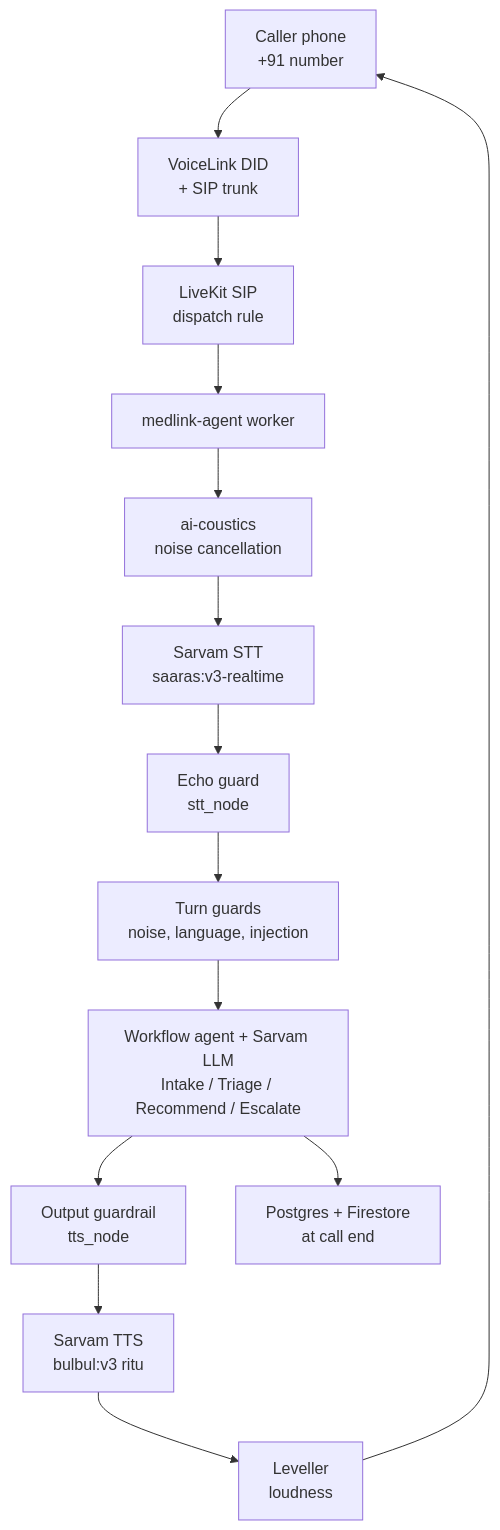
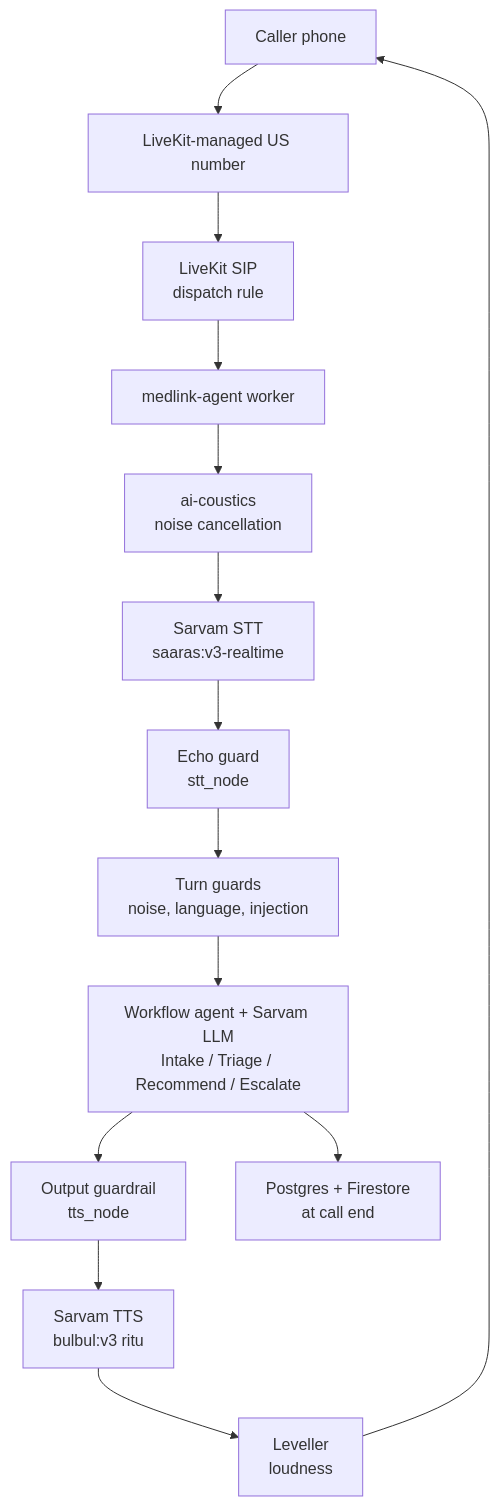
The first of 3 diagrams in README.md (dharanishvijayakumar7-lgtm/medlink-voice-agent), drawn with Mermaid before and after one commit. The commit also changed other lines of this file and 2 other files, not shown here.

Commit message:
added a new telphony provider for the voice agent

````diff
--- a/README.md
+++ b/README.md
@@ -61,16 +61,16 @@
 ```mermaid
 flowchart TD
-    A[Caller phone<br/>+91 number] --> B[VoiceLink DID<br/>+ SIP trunk]
+    A[Caller phone] --> B[LiveKit-managed US number]
     B --> C[LiveKit SIP<br/>dispatch rule]
     C --> D[medlink-agent worker]
     D --> E[ai-coustics<br/>noise cancellation]
     E --> F[Sarvam STT<br/>saaras:v3-realtime]
     F --> G[Echo guard<br/>stt_node]
     G --> H[Turn guards<br/>noise, language, injection]
     H --> I[Workflow agent + Sarvam LLM<br/>Intake / Triage / Recommend / Escalate]
     I --> J[Output guardrail<br/>tts_node]
     J --> K[Sarvam TTS<br/>bulbul:v3 ritu]
     K --> L[Leveller<br/>loudness]
     L --> A
     I --> M[Postgres + Firestore<br/>at call end]
 ```
````
